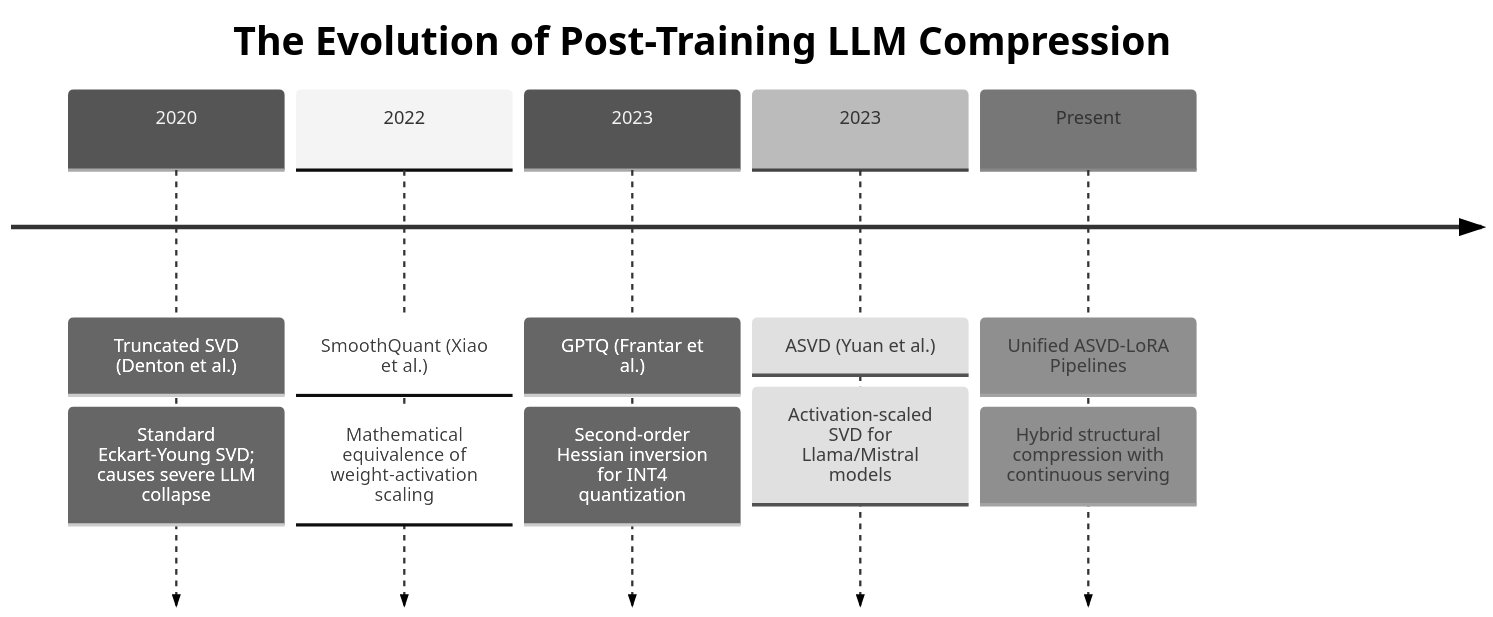
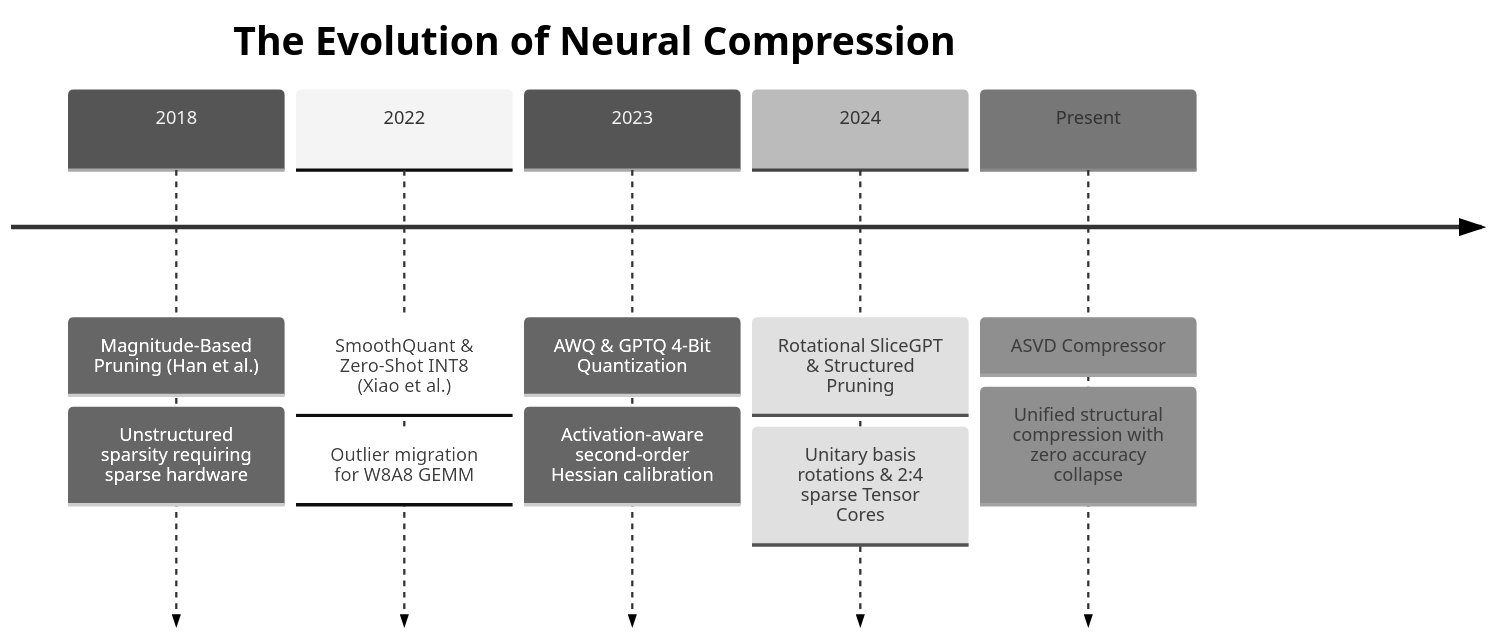
The first of 2 diagrams in Docs/content/compressions_blog/asvd_compressor_blog.md (tahamajs/NeuralOps), drawn with Mermaid (neutral theme) before and after one commit. The commit also changed other lines of this file and 193 other files, not shown here.

````diff
--- a/Docs/content/compressions_blog/asvd_compressor_blog.md
+++ b/Docs/content/compressions_blog/asvd_compressor_blog.md
@@ -89,9 +56,9 @@
 ```mermaid
 timeline
-    title The Evolution of Post-Training LLM Compression
-    2020 : Truncated SVD (Denton et al.) : Standard Eckart-Young SVD; causes severe LLM collapse
-    2022 : SmoothQuant (Xiao et al.) : Mathematical equivalence of weight-activation scaling
-    2023 : GPTQ (Frantar et al.) : Second-order Hessian inversion for INT4 quantization
-    2023 : ASVD (Yuan et al.) : Activation-scaled SVD for Llama/Mistral models
-    Present : Unified ASVD-LoRA Pipelines : Hybrid structural compression with continuous serving
+    title The Evolution of Neural Compression
+    2018 : Magnitude-Based Pruning (Han et al.) : Unstructured sparsity requiring sparse hardware
+    2022 : SmoothQuant & Zero-Shot INT8 (Xiao et al.) : Outlier migration for W8A8 GEMM
+    2023 : AWQ & GPTQ 4-Bit Quantization : Activation-aware second-order Hessian calibration
+    2024 : Rotational SliceGPT & Structured Pruning : Unitary basis rotations & 2:4 sparse Tensor Cores
+    Present : ASVD Compressor : Unified structural compression with zero accuracy collapse
 ```
````
